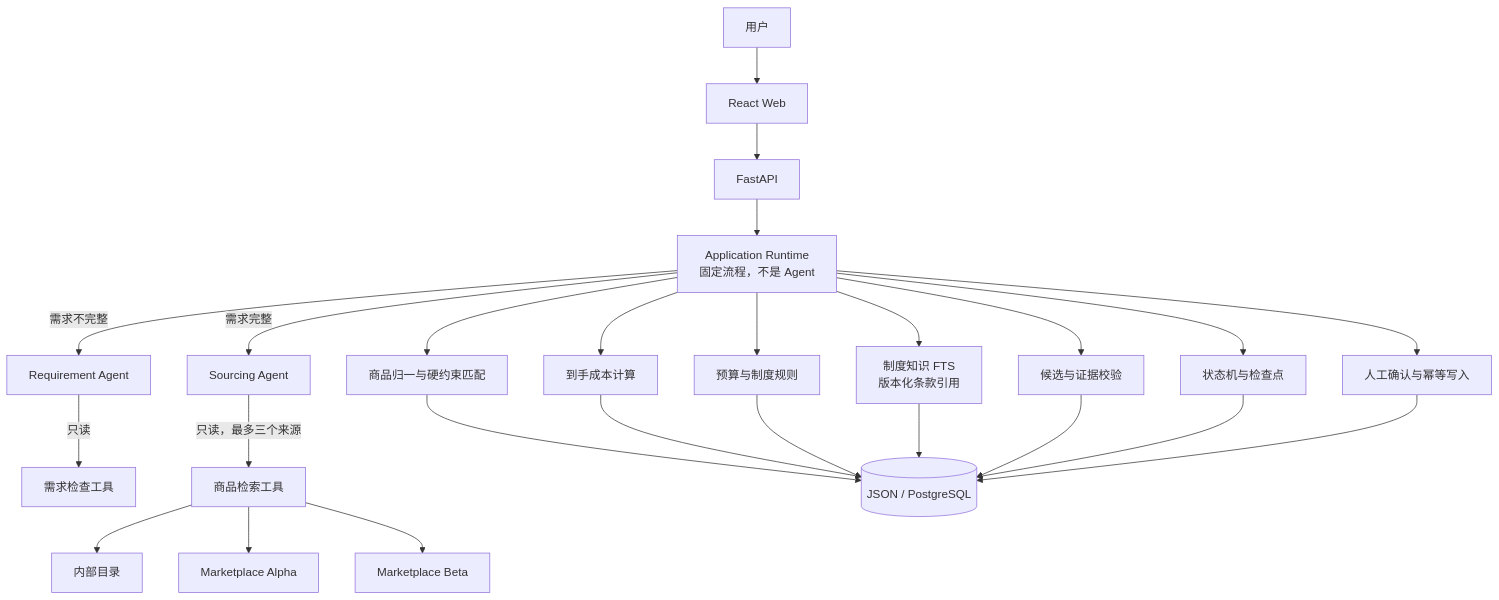
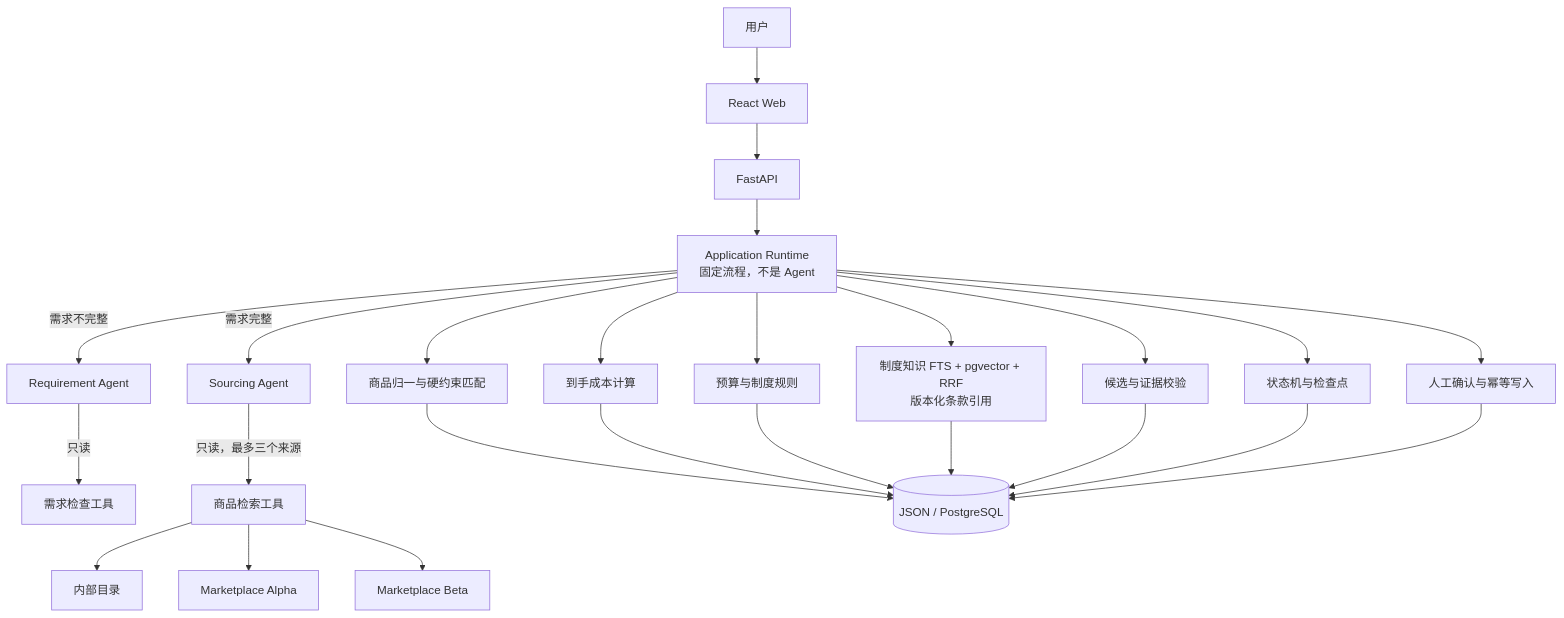
Before and after one commit to zxmEve/shopping-assistant: the first of 2 diagrams in docs/02-architecture.md, drawn with Mermaid. The commit also changed other lines of this file and 26 other files, not shown here.

````diff
--- a/docs/02-architecture.md
+++ b/docs/02-architecture.md
@@ -35,32 +35,32 @@
 ```mermaid
 flowchart TB
     U[用户] --> UI[React Web]
     UI --> API[FastAPI]
     API --> RT[Application Runtime<br/>固定流程，不是 Agent]
 
     RT -->|需求不完整| RA[Requirement Agent]
     RT -->|需求完整| SA[Sourcing Agent]
 
     RA -->|只读| RI[需求检查工具]
     SA -->|只读，最多三个来源| CAT[商品检索工具]
 
     RT --> MATCH[商品归一与硬约束匹配]
     RT --> COST[到手成本计算]
     RT --> POLICY[预算与制度规则]
-    RT --> KB[制度知识 FTS<br/>版本化条款引用]
+    RT --> KB[制度知识 FTS + pgvector + RRF<br/>版本化条款引用]
     RT --> EVIDENCE[候选与证据校验]
     RT --> STATE[状态机与检查点]
     RT --> HITL[人工确认与幂等写入]
 
     MATCH --> PG[(JSON / PostgreSQL)]
     COST --> PG
     POLICY --> PG
     KB --> PG
     EVIDENCE --> PG
     STATE --> PG
     HITL --> PG
 
     CAT --> P1[内部目录]
     CAT --> P2[Marketplace Alpha]
     CAT --> P3[Marketplace Beta]
 ```
````
